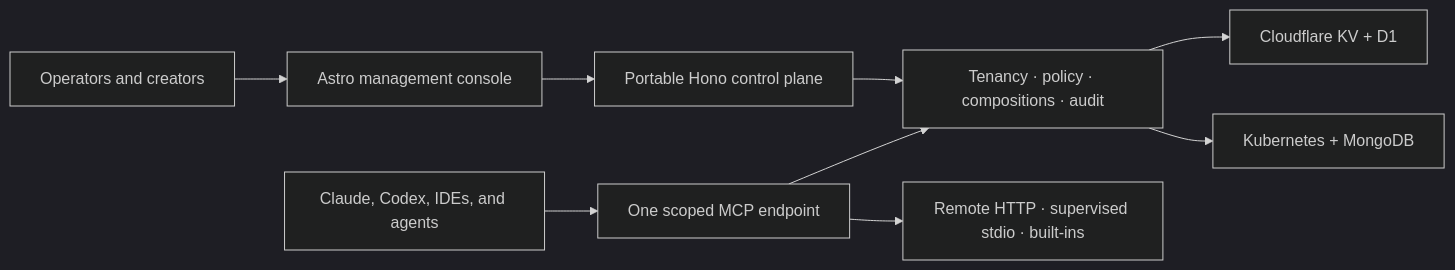
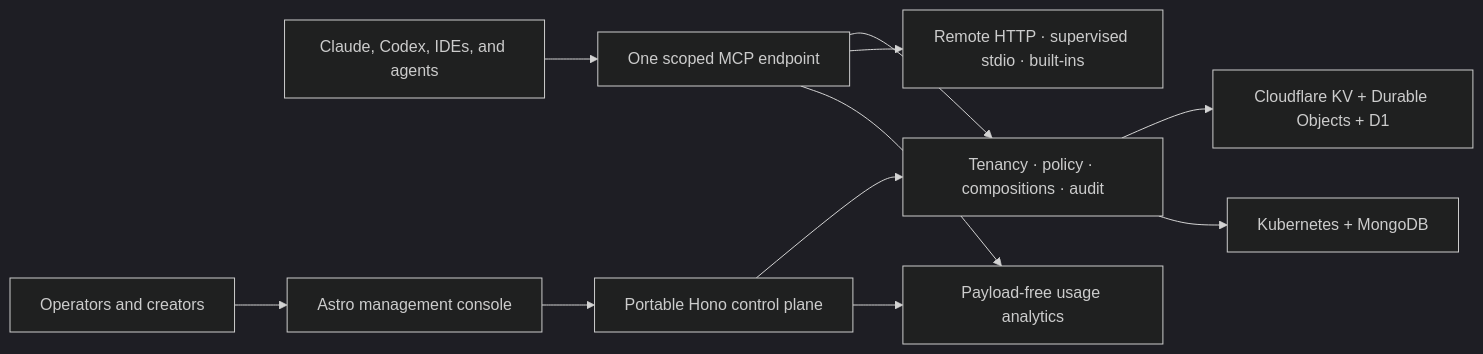
One commit to reachjalil/liteMCP changed the diagram in README.md. Above: the diagram before and after it, drawn with Mermaid (dark theme). The commit also changed other lines of this file and 136 other files, not shown here.

````diff
--- a/README.md
+++ b/README.md
@@ -68,11 +83,13 @@
 ```mermaid
 flowchart LR
   Client["Claude, Codex, IDEs, and agents"] --> Gateway["One scoped MCP endpoint"]
   Admin["Operators and creators"] --> Console["Astro management console"]
   Console --> API["Portable Hono control plane"]
   API --> Core["Tenancy · policy · compositions · audit"]
   Gateway --> Core
   Gateway --> Upstreams["Remote HTTP · supervised stdio · built-ins"]
-  Core --> CF["Cloudflare KV + D1"]
+  Gateway --> Insight["Payload-free usage analytics"]
+  API --> Insight
+  Core --> CF["Cloudflare KV + Durable Objects + D1"]
   Core --> K8s["Kubernetes + MongoDB"]
 ```
````
